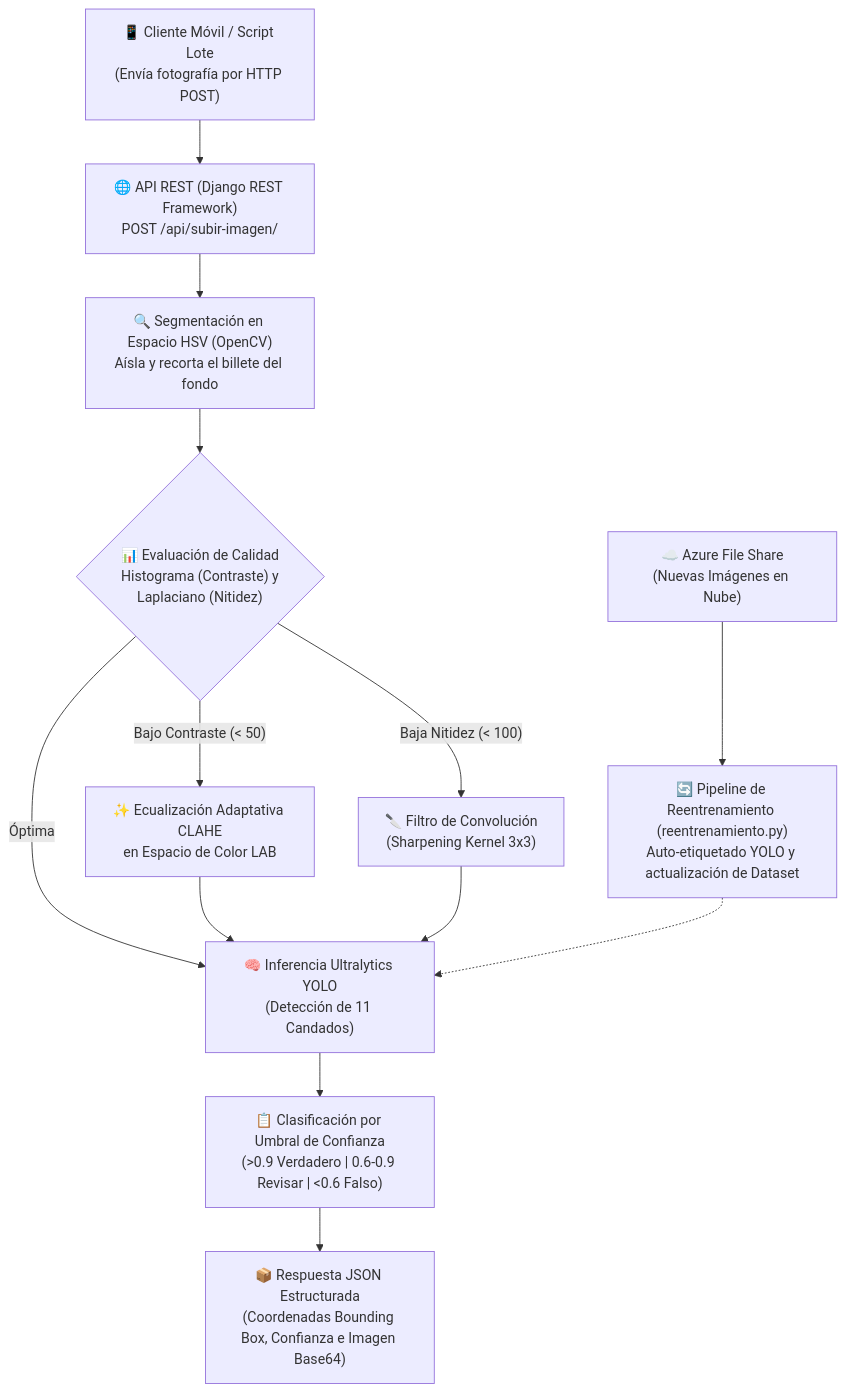
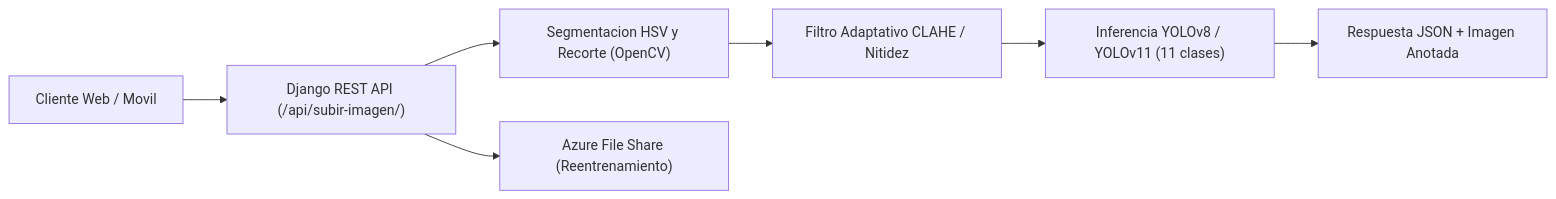
The diagram in README.md (Chuc4x/TT2), drawn with Mermaid before and after one commit. The commit also changed other lines of this file, not shown here.

Commit message:
docs: clean up README formatting and fix Mermaid diagram

````diff
--- a/README.md
+++ b/README.md
@@ -9,27 +14,9 @@
 ```mermaid
-flowchart TD
-    A["📱 Cliente Móvil / Script Lote
-(Envía fotografía por HTTP POST)"] --> B["🌐 API REST (Django REST Framework)
-POST /api/subir-imagen/"]
-    B --> C["🔍 Segmentación en Espacio HSV (OpenCV)
-Aísla y recorta el billete del fondo"]
-    C --> D{"📊 Evaluación de Calidad
-Histograma (Contraste) y
-Laplaciano (Nitidez)"}
-    D -- "Bajo Contraste (< 50)" --> E["✨ Ecualización Adaptativa CLAHE
-en Espacio de Color LAB"]
-    D -- "Baja Nitidez (< 100)" --> F["🔪 Filtro de Convolución
-(Sharpening Kernel 3x3)"]
-    D -- "Óptima" --> G["🧠 Inferencia Ultralytics YOLO
-(Detección de 11 Candados)"]
-    E --> G
-    F --> G
-    G --> H["📋 Clasificación por Umbral de Confianza
-(>0.9 Verdadero | 0.6-0.9 Revisar | <0.6 Falso)"]
-    H --> I["📦 Respuesta JSON Estructurada
-(Coordenadas Bounding Box, Confianza e Imagen Base64)"]
-    Cloud["☁️ Azure File Share
-(Nuevas Imágenes en Nube)"] --> J["🔄 Pipeline de Reentrenamiento (reentrenamiento.py)
-Auto-etiquetado YOLO y actualización de Dataset"]
-    J -.-> G
+flowchart LR
+    A["Cliente Web / Movil"] --> B["Django REST API (/api/subir-imagen/)"]
+    B --> C["Segmentacion HSV y Recorte (OpenCV)"]
+    C --> D["Filtro Adaptativo CLAHE / Nitidez"]
+    D --> E["Inferencia YOLOv8 / YOLOv11 (11 clases)"]
+    E --> F["Respuesta JSON + Imagen Anotada"]
+    B --> G["Azure File Share (Reentrenamiento)"]
 ```
````
